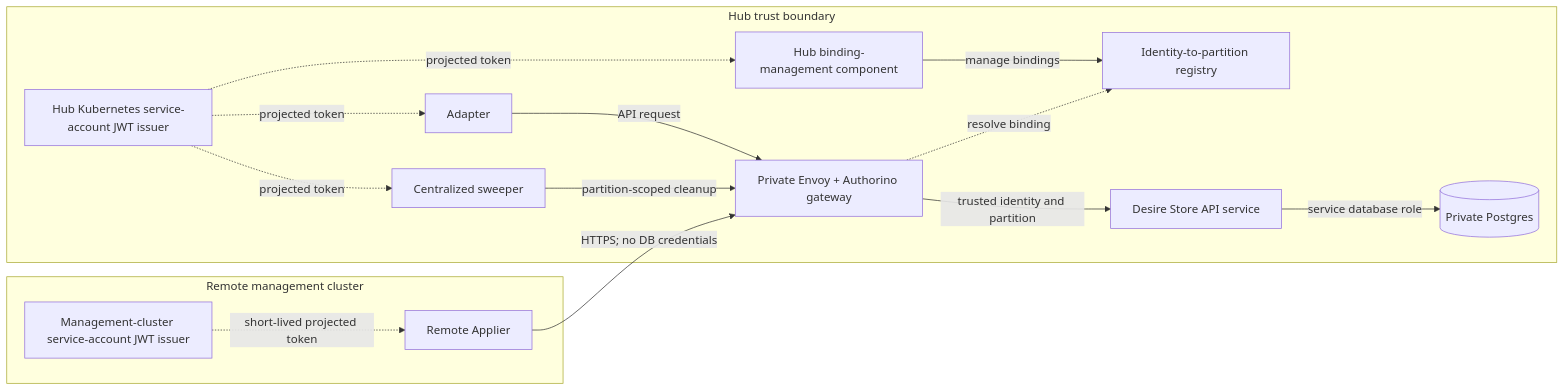
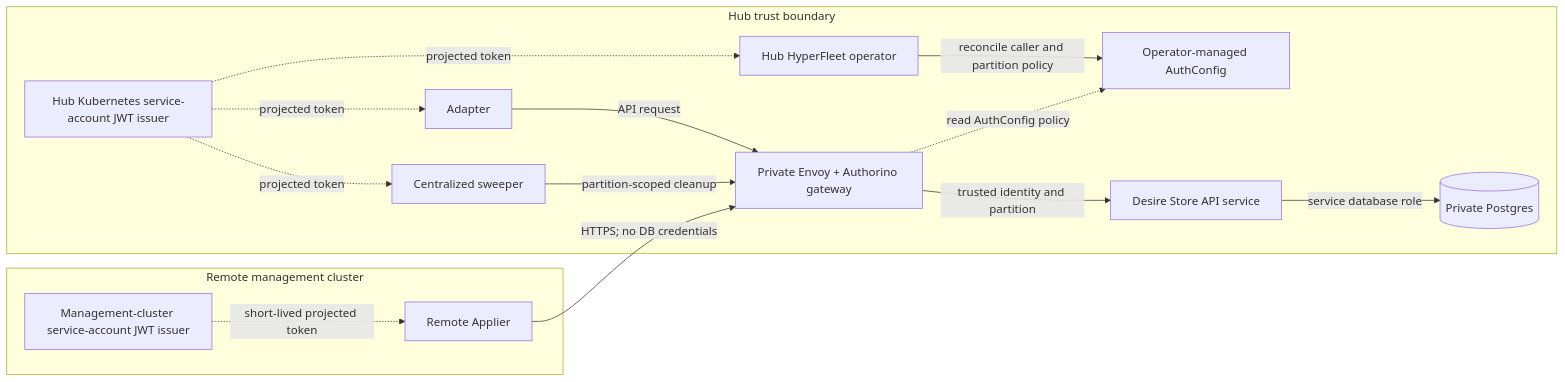
One commit to Mischulee/architecture changed the first of 2 diagrams in hyperfleet/docs/desire-store-hld.md. Above: the diagram before and after it, drawn with Mermaid. The commit also changed other lines of this file and 3 other files, not shown here.

Commit message:
HYPERFLEET-1737 - docs: refine Desire Store architecture decisions

````diff
--- a/hyperfleet/docs/desire-store-hld.md
+++ b/hyperfleet/docs/desire-store-hld.md
@@ -38,30 +38,30 @@
 ```mermaid
 flowchart LR
     subgraph MC["Remote management cluster"]
         MCISS["Management-cluster service-account JWT issuer"]
         AP["Remote Applier"]
         MCISS -.->|"short-lived projected token"| AP
     end
 
     subgraph HUB["Hub trust boundary"]
         HISS["Hub Kubernetes service-account JWT issuer"]
         AD["Adapter"]
         GC["Centralized sweeper"]
-        REG["Hub binding-management component"]
+        OP["Hub HyperFleet operator"]
+        AC["Operator-managed AuthConfig"]
         GW["Private Envoy + Authorino gateway"]
-        BIND["Identity-to-partition registry"]
         DS["Desire Store API service"]
         PG[("Private Postgres")]
 
         HISS -.->|"projected token"| AD
         HISS -.->|"projected token"| GC
-        HISS -.->|"projected token"| REG
+        HISS -.->|"projected token"| OP
         AD -->|"API request"| GW
         GC -->|"partition-scoped cleanup"| GW
-        REG -->|"manage bindings"| BIND
+        OP -->|"reconcile caller and partition policy"| AC
         AP -->|"HTTPS; no DB credentials"| GW
         GW -->|"trusted identity and partition"| DS
-        GW -.->|"resolve binding"| BIND
+        GW -.->|"read AuthConfig policy"| AC
         DS -->|"service database role"| PG
     end
 ```
````
